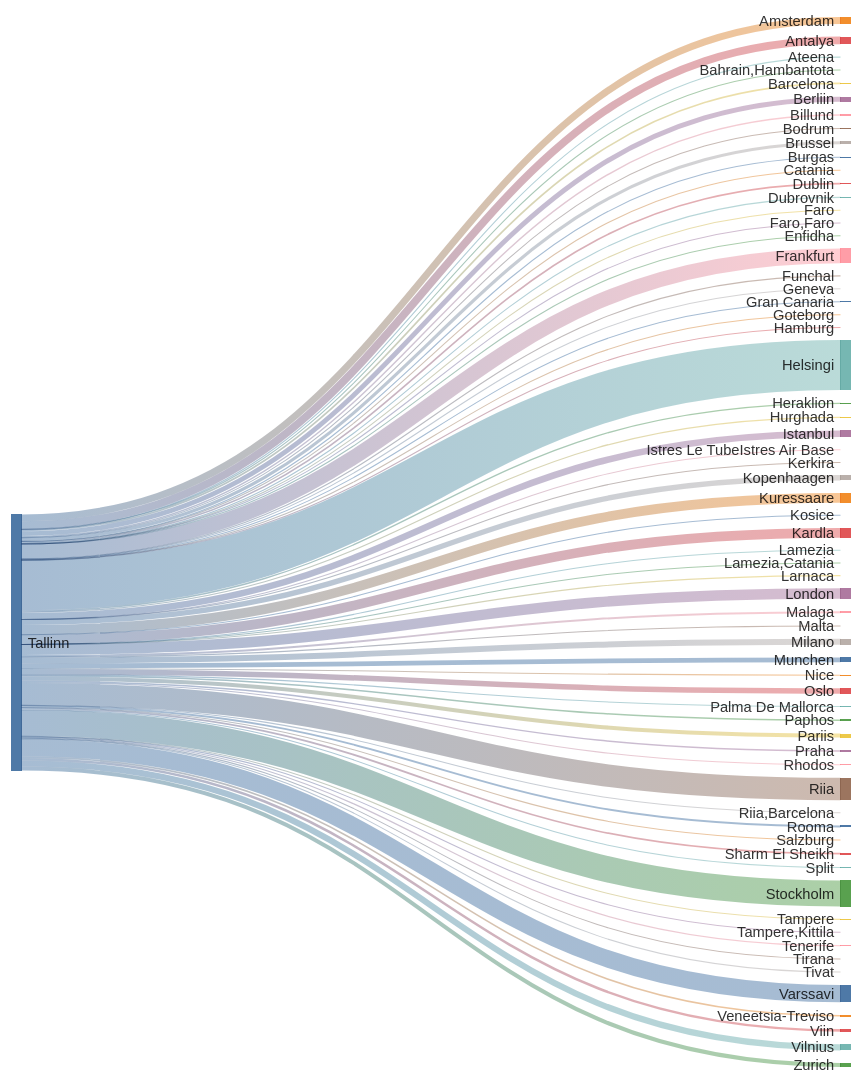
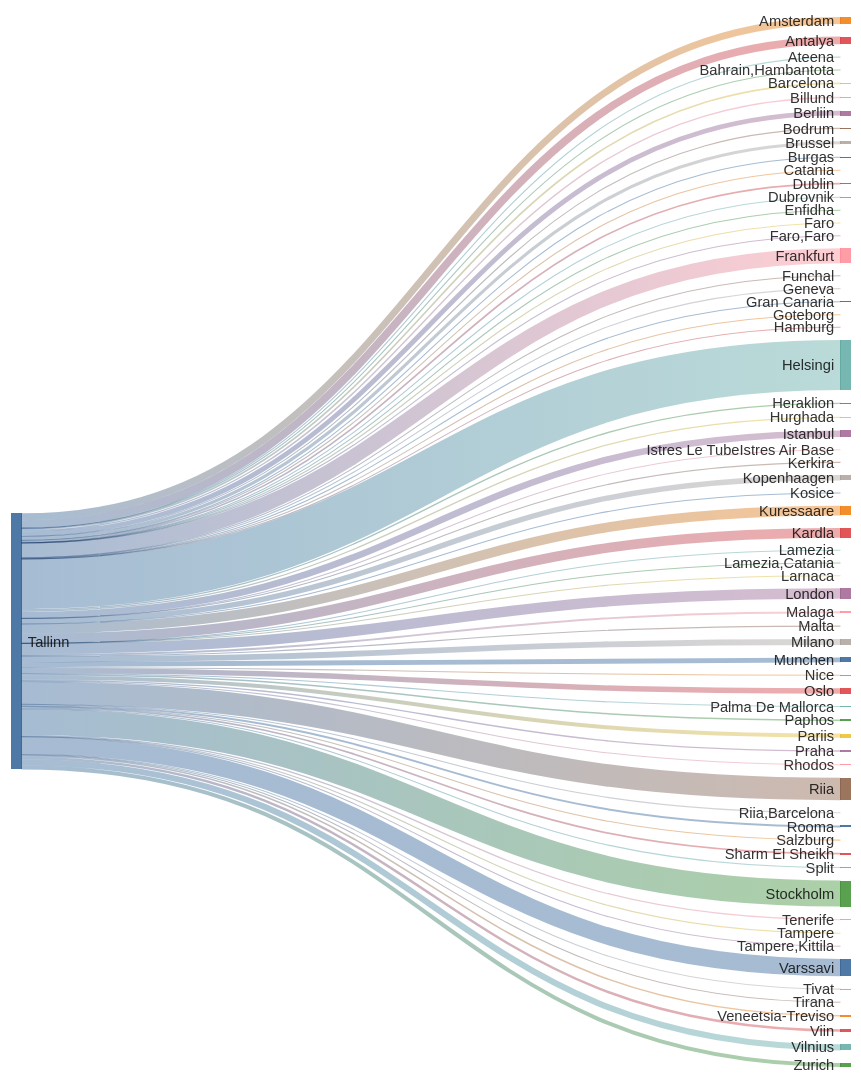
Before and after one commit to rainermesi/tll-airport-departures: the second of 2 diagrams in README.md, drawn with Mermaid. The commit also changed other lines of this file, not shown here.

````diff
--- a/README.md
+++ b/README.md
@@ -34,77 +34,77 @@
 ```mermaid
 ---
 config:
   sankey:
     showValues: false
     width: 800
     height: 1000
 ---
 sankey-beta
 %% source,target,value
-Tallinn,Amsterdam,238
+Tallinn,Amsterdam,239
 Tallinn,Antalya,266
 Tallinn,Ateena,16
 Tallinn,"Bahrain,Hambantota",1
 Tallinn,Barcelona,55
 Tallinn,Berliin,167
 Tallinn,Billund,49
 Tallinn,Bodrum,11
-Tallinn,Brussel,109
+Tallinn,Brussel,110
 Tallinn,Burgas,21
 Tallinn,Catania,2
 Tallinn,Dublin,56
 Tallinn,Dubrovnik,21
 Tallinn,Enfidha,7
 Tallinn,Faro,4
 Tallinn,"Faro,Faro",1
-Tallinn,Frankfurt,509
+Tallinn,Frankfurt,511
 Tallinn,Funchal,5
 Tallinn,Geneva,7
 Tallinn,Gran Canaria,27
 Tallinn,Goteborg,1
 Tallinn,Hamburg,1
-Tallinn,Helsingi,1722
+Tallinn,Helsingi,1731
 Tallinn,Heraklion,46
 Tallinn,Hurghada,43
-Tallinn,Istanbul,227
+Tallinn,Istanbul,228
 Tallinn,Istres Le TubeIstres Air Base,2
 Tallinn,Kerkira,4
-Tallinn,Kopenhaagen,185
+Tallinn,Kopenhaagen,186
 Tallinn,Kosice,1
-Tallinn,Kuressaare,333
-Tallinn,Kardla,333
+Tallinn,Kuressaare,335
+Tallinn,Kardla,335
 Tallinn,Lamezia,1
 Tallinn,"Lamezia,Catania",3
 Tallinn,Larnaca,4
-Tallinn,London,357
+Tallinn,London,359
 Tallinn,Malaga,68
 Tallinn,Malta,15
-Tallinn,Milano,205
-Tallinn,Munchen,166
+Tallinn,Milano,206
+Tallinn,Munchen,167
 Tallinn,Nice,25
 Tallinn,Oslo,187
 Tallinn,Palma De Mallorca,19
 Tallinn,Paphos,54
 Tallinn,Pariis,140
 Tallinn,Praha,49
 Tallinn,Rhodos,32
-Tallinn,Riia,770
+Tallinn,Riia,774
 Tallinn,"Riia,Barcelona",1
-Tallinn,Rooma,68
+Tallinn,Rooma,69
 Tallinn,Salzburg,8
-Tallinn,Sharm El Sheikh,59
+Tallinn,Sharm El Sheikh,60
 Tallinn,Split,25
-Tallinn,Stockholm,896
+Tallinn,Stockholm,898
 Tallinn,Tampere,17
 Tallinn,"Tampere,Kittila",10
 Tallinn,Tenerife,41
 Tallinn,Tirana,8
 Tallinn,Tivat,26
-Tallinn,Varssavi,593
+Tallinn,Varssavi,596
 Tallinn,Veneetsia-Treviso,55
 Tallinn,Viin,88
-Tallinn,Vilnius,210
+Tallinn,Vilnius,211
 Tallinn,Zurich,139
 
 
 ```
````
